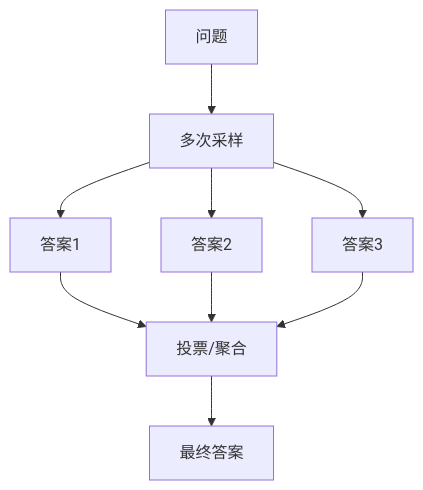
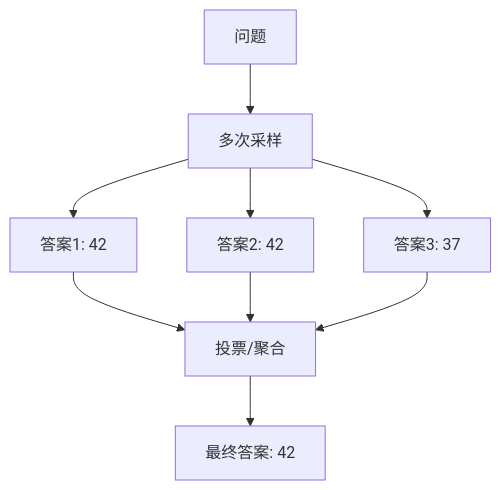
The third of 6 diagrams in docs/ai-llm-dev/basics/prompt-engineering.md (yuandiv/ai-dev-school), drawn with Mermaid before and after one commit. The commit also changed other lines of this file and 2 other files, not shown here.

````diff
--- a/docs/ai-llm-dev/basics/prompt-engineering.md
+++ b/docs/ai-llm-dev/basics/prompt-engineering.md
@@ -172,11 +429,11 @@
 ```mermaid
 flowchart TD
     A[问题] --> B[多次采样]
-    B --> C[答案1]
-    B --> D[答案2]
-    B --> E[答案3]
+    B --> C[答案1: 42]
+    B --> D[答案2: 42]
+    B --> E[答案3: 37]
     C --> F[投票/聚合]
     D --> F
     E --> F
-    F --> G[最终答案]
+    F --> G[最终答案: 42]
 ```
````
